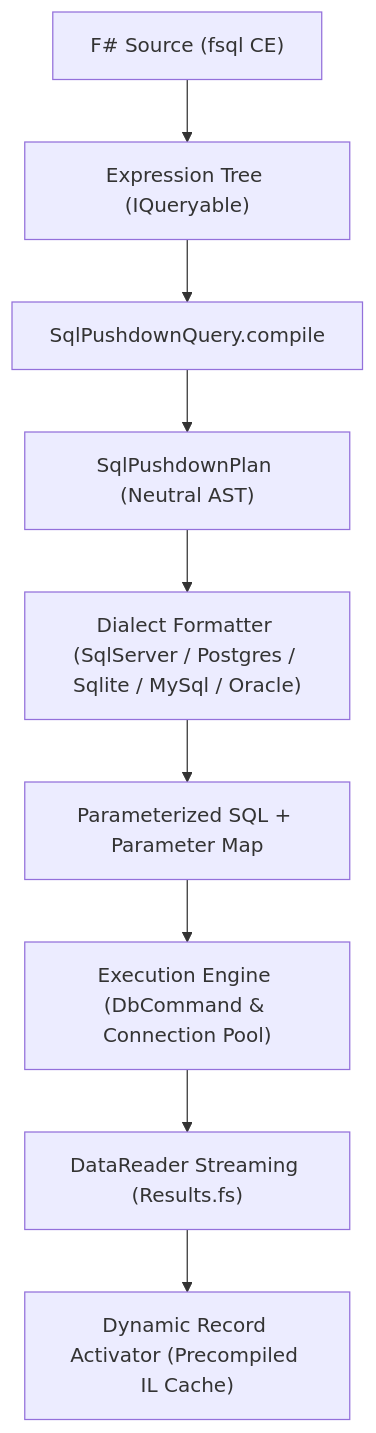
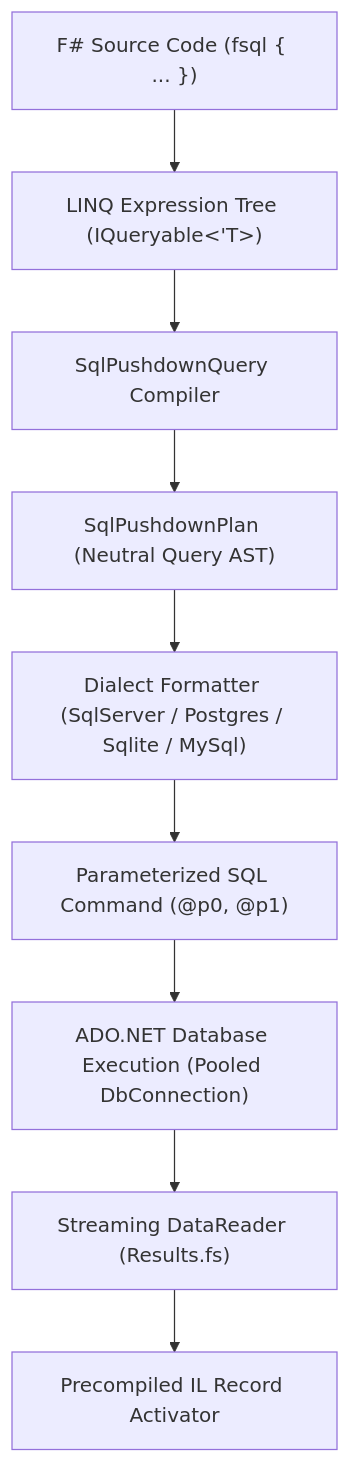
Before and after one commit to Matheusleal/fs-query-studio: the diagram in docs/FSQL_LANGUAGE_SPECIFICATION.md, drawn with Mermaid. The commit also changed other lines of this file, not shown here.

Commit message:
docs: fix header and rewrite FSQL language specification to match actual implementation

````diff
--- a/docs/FSQL_LANGUAGE_SPECIFICATION.md
+++ b/docs/FSQL_LANGUAGE_SPECIFICATION.md
@@ -442,11 +24,11 @@
 ```mermaid
 flowchart TD
-    A["F# Source (fsql CE)"] --> B["Expression Tree (IQueryable)"]
-    B --> C["SqlPushdownQuery.compile"]
-    C --> D["SqlPushdownPlan (Neutral AST)"]
-    D --> E["Dialect Formatter (SqlServer / Postgres / Sqlite / MySql / Oracle)"]
-    E --> F["Parameterized SQL + Parameter Map"]
-    F --> G["Execution Engine (DbCommand & Connection Pool)"]
-    G --> H["DataReader Streaming (Results.fs)"]
-    H --> I["Dynamic Record Activator (Precompiled IL Cache)"]
+    A["F# Source Code (fsql { ... })"] --> B["LINQ Expression Tree (IQueryable<'T>)"]
+    B --> C["SqlPushdownQuery Compiler"]
+    C --> D["SqlPushdownPlan (Neutral Query AST)"]
+    D --> E["Dialect Formatter (SqlServer / Postgres / Sqlite / MySql)"]
+    E --> F["Parameterized SQL Command (@p0, @p1)"]
+    F --> G["ADO.NET Database Execution (Pooled DbConnection)"]
+    G --> H["Streaming DataReader (Results.fs)"]
+    H --> I["Precompiled IL Record Activator"]
 ```
````
